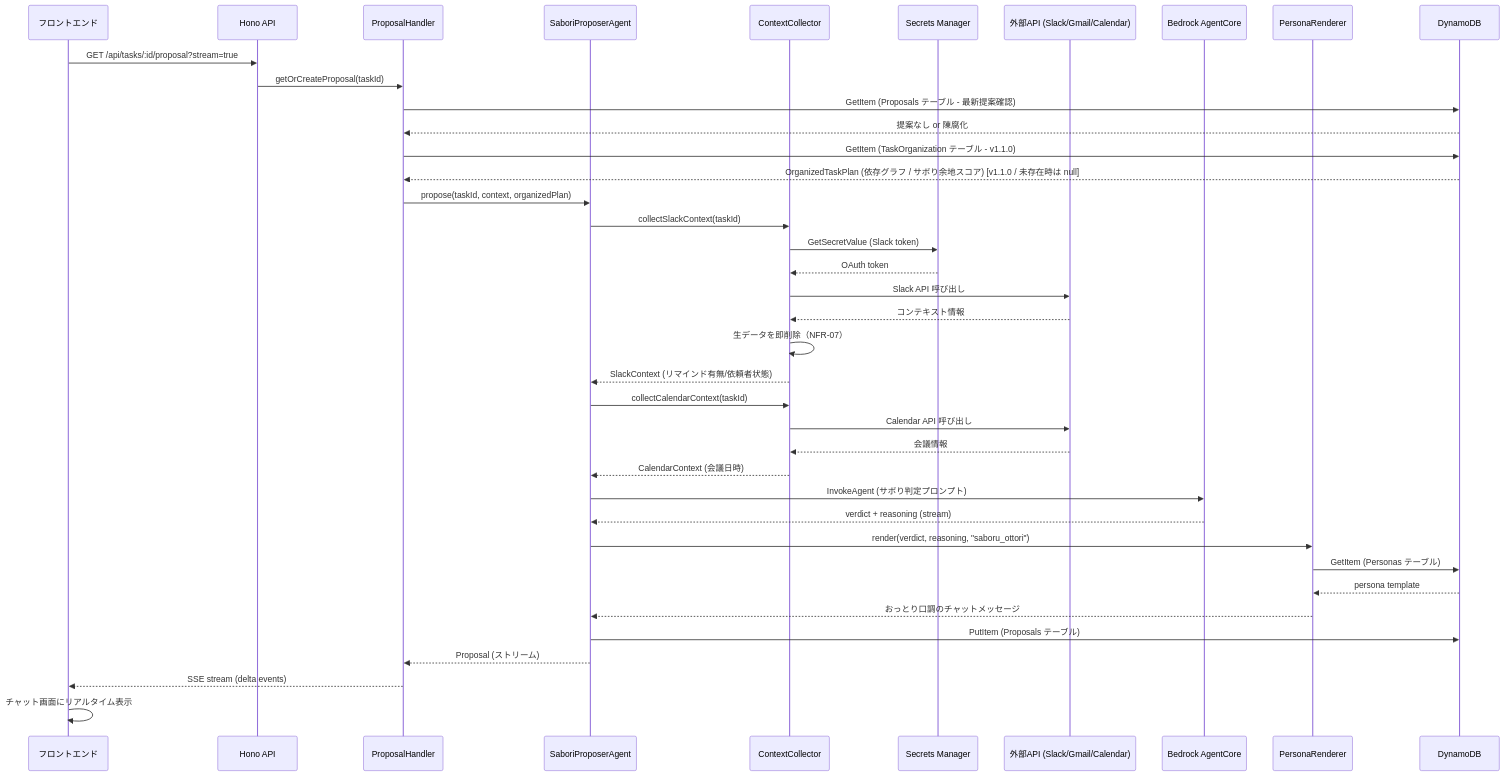
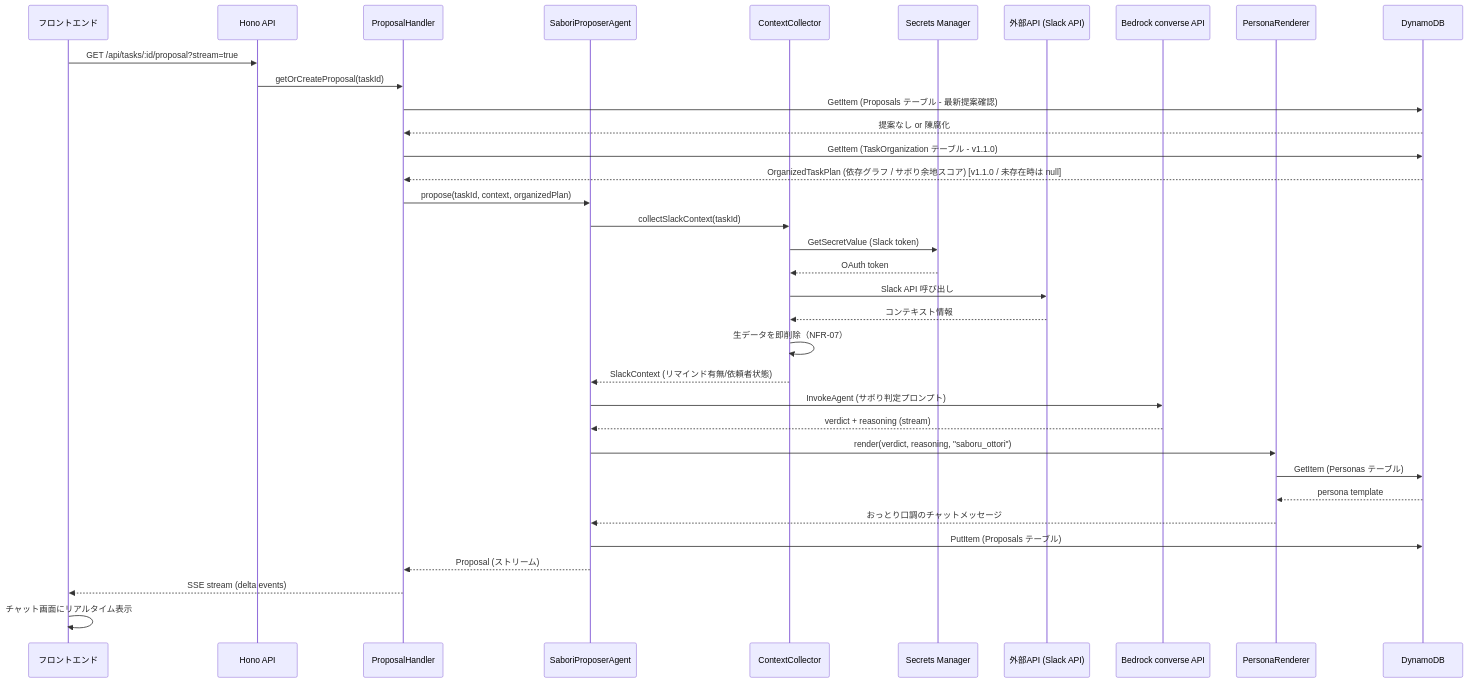
The second of 7 diagrams in aidlc-docs/inception/application-design/sequence-diagrams.md (mashharuki/AWS-SummitHackathon-2026), drawn with Mermaid before and after one commit. The commit also changed other lines of this file and 24 other files, not shown here.

````diff
--- a/aidlc-docs/inception/application-design/sequence-diagrams.md
+++ b/aidlc-docs/inception/application-design/sequence-diagrams.md
@@ -58,42 +58,42 @@
 ```mermaid
 sequenceDiagram
     participant UI as フロントエンド
     participant API as Hono API
     participant PH as ProposalHandler
     participant SP as SaboriProposerAgent
     participant CC as ContextCollector
     participant SM as Secrets Manager
-    participant ExtAPI as 外部API (Slack/Gmail/Calendar)
-    participant BR as Bedrock AgentCore
+    participant ExtAPI as 外部API (Slack API)
+    participant BR as Bedrock converse API
     participant PR as PersonaRenderer
     participant DB as DynamoDB
 
     UI->>API: GET /api/tasks/:id/proposal?stream=true
     API->>PH: getOrCreateProposal(taskId)
     PH->>DB: GetItem (Proposals テーブル - 最新提案確認)
     DB-->>PH: 提案なし or 陳腐化
     PH->>DB: GetItem (TaskOrganization テーブル - v1.1.0)
     DB-->>PH: OrganizedTaskPlan (依存グラフ / サボり余地スコア) [v1.1.0 / 未存在時は null]
     PH->>SP: propose(taskId, context, organizedPlan)
     SP->>CC: collectSlackContext(taskId)
     CC->>SM: GetSecretValue (Slack token)
     SM-->>CC: OAuth token
     CC->>ExtAPI: Slack API 呼び出し
     ExtAPI-->>CC: コンテキスト情報
     CC->>CC: 生データを即削除（NFR-07）
     CC-->>SP: SlackContext (リマインド有無/依頼者状態)
-    SP->>CC: collectCalendarContext(taskId)
-    CC->>ExtAPI: Calendar API 呼び出し
-    ExtAPI-->>CC: 会議情報
-    CC-->>SP: CalendarContext (会議日時)
+    %% [v1.1.0] SP->>CC: collectCalendarContext(taskId)
+    %% [v1.1.0] CC->>ExtAPI: Calendar API 呼び出し
+    %% [v1.1.0] ExtAPI-->>CC: 会議情報
+    %% [v1.1.0] CC-->>SP: CalendarContext (会議日時)
     SP->>BR: InvokeAgent (サボり判定プロンプト)
     BR-->>SP: verdict + reasoning (stream)
     SP->>PR: render(verdict, reasoning, "saboru_ottori")
     PR->>DB: GetItem (Personas テーブル)
     DB-->>PR: persona template
     PR-->>SP: おっとり口調のチャットメッセージ
     SP->>DB: PutItem (Proposals テーブル)
     SP-->>PH: Proposal (ストリーム)
     PH-->>UI: SSE stream (delta events)
     UI->>UI: チャット画面にリアルタイム表示
 ```
````
